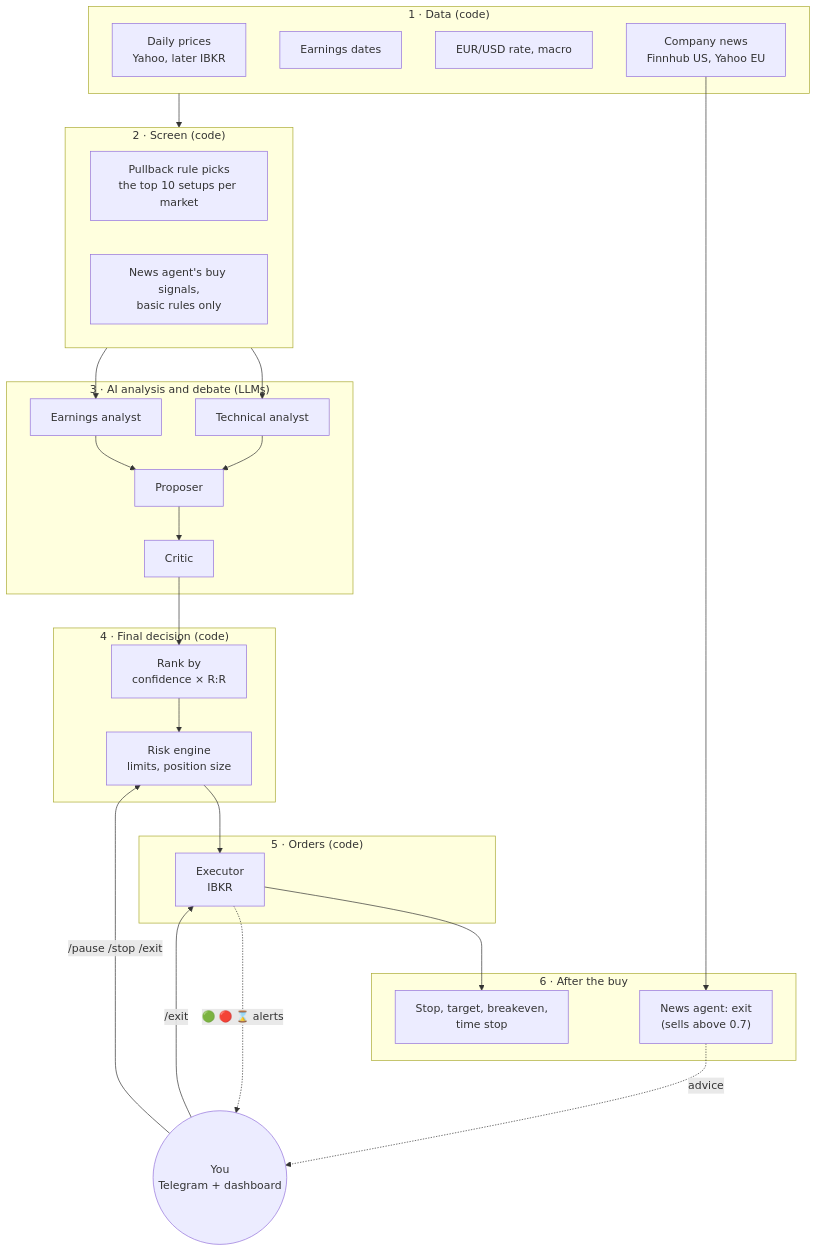
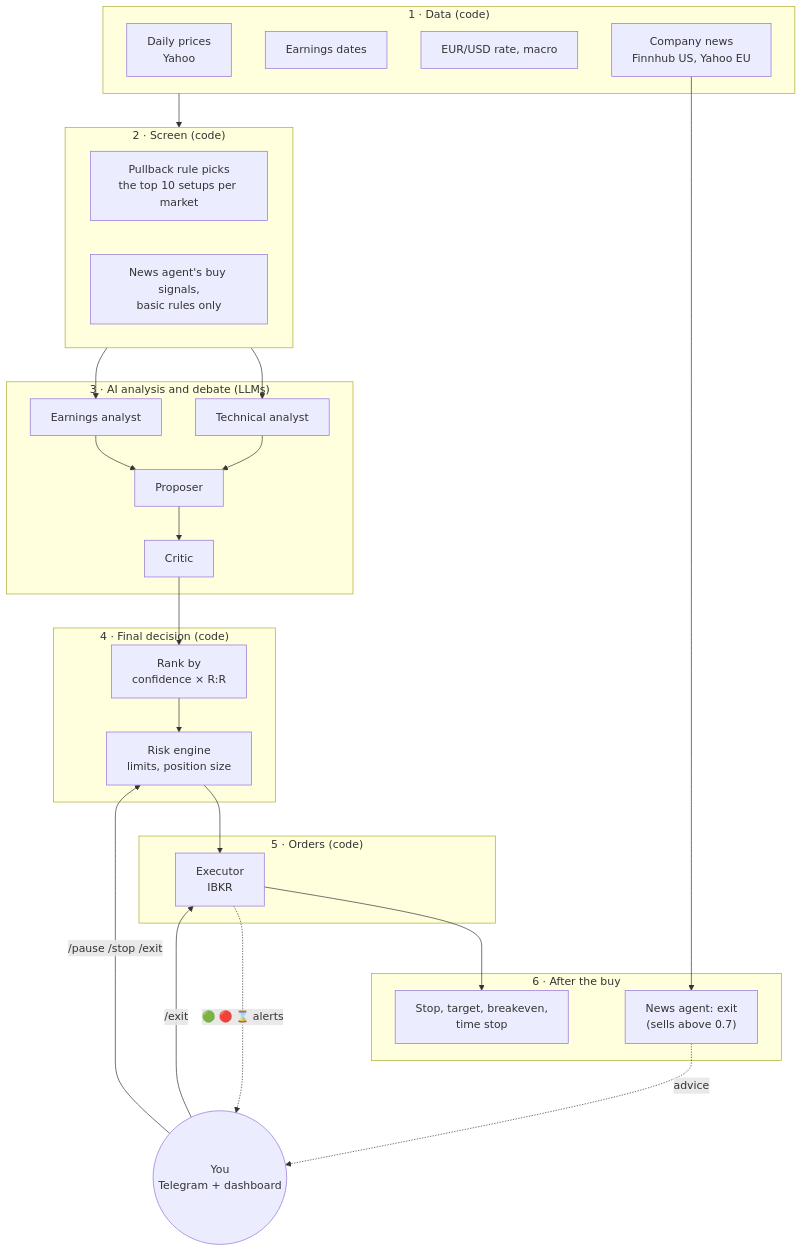
One commit to klausrossmann/trading-agent changed the first of 3 diagrams in HOW-IT-WORKS.md. Above: the diagram before and after it, drawn with Mermaid. The commit also changed other lines of this file and 276 other files, not shown here.

````diff
--- a/HOW-IT-WORKS.md
+++ b/HOW-IT-WORKS.md
@@ -74,39 +72,39 @@
 ```mermaid
 flowchart TB
     subgraph Data["1 · Data (code)"]
-        D1[Daily prices<br/>Yahoo, later IBKR]
+        D1[Daily prices<br/>Yahoo]
         D2[Earnings dates]
         D3[EUR/USD rate, macro]
         D4[Company news<br/>Finnhub US, Yahoo EU]
     end
     subgraph Screen["2 · Screen (code)"]
         S1[Pullback rule picks<br/>the top 10 setups per market]
         S2[News agent's buy signals,<br/>basic rules only]
     end
     subgraph AI["3 · AI analysis and debate (LLMs)"]
         A1[Technical analyst]
         A2[Earnings analyst]
         A3[Proposer]
         A4[Critic]
     end
     subgraph Guard["4 · Final decision (code)"]
         RK[Rank by<br/>confidence × R:R]
         R[Risk engine<br/>limits, position size]
     end
     subgraph Exec["5 · Orders (code)"]
         X[Executor<br/>IBKR]
     end
     subgraph After["6 · After the buy"]
         M[Stop, target, breakeven,<br/>time stop]
         N["News agent: exit<br/>(sells above 0.7)"]
     end
     You((You<br/>Telegram + dashboard))
 
     Data --> Screen --> A1 & A2
     A1 & A2 --> A3 --> A4 --> RK --> R --> X --> M
     D4 --> N
     N -. advice .-> You
     You -- /pause /stop /exit --> R
     You -- /exit --> X
     X -. 🟢 🔴 ⌛ alerts .-> You
 ```
````
